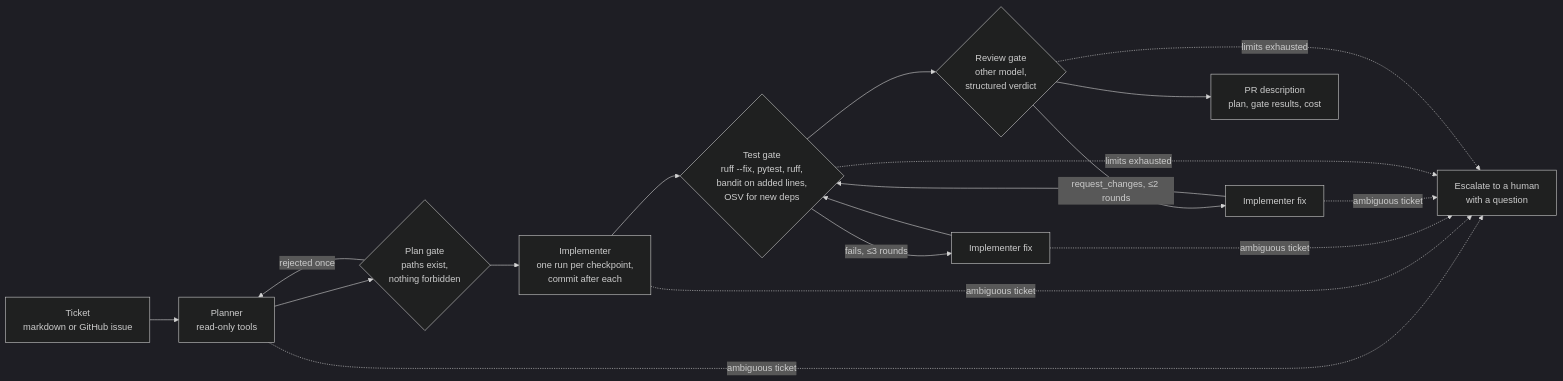
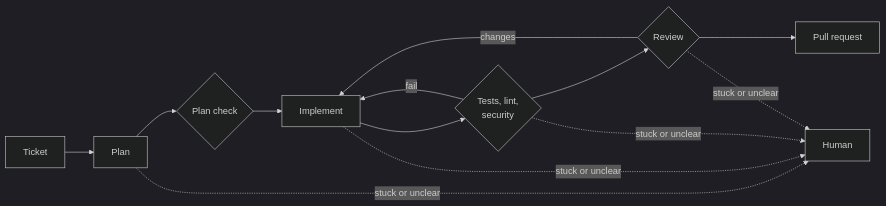
One commit to clockwiz3/forgeloop changed the diagram in README.md. Above: the diagram before and after it, drawn with Mermaid (dark theme). The commit also changed other lines of this file, not shown here.

````diff
--- a/README.md
+++ b/README.md
@@ -11,15 +20,7 @@
 ```mermaid
 flowchart LR
-    T[Ticket<br/>markdown or GitHub issue] --> P[Planner<br/>read-only tools]
-    P --> PG{Plan gate<br/>paths exist,<br/>nothing forbidden}
-    PG -- rejected once --> P
-    PG --> I[Implementer<br/>one run per checkpoint,<br/>commit after each]
-    I --> TG{Test gate<br/>ruff --fix, pytest, ruff,<br/>bandit on added lines,<br/>OSV for new deps}
-    TG -- fails, ≤3 rounds --> F[Implementer fix]
-    F --> TG
-    TG --> RG{Review gate<br/>other model,<br/>structured verdict}
-    RG -- request_changes, ≤2 rounds --> F2[Implementer fix] --> TG
-    RG --> D[PR description<br/>plan, gate results, cost]
-    P & I & F & F2 -.ambiguous ticket.-> H[Escalate to a human<br/>with a question]
-    TG & RG -.limits exhausted.-> H
+    T[Ticket] --> P[Plan] --> PG{Plan check} --> I[Implement] --> TG{Tests, lint,<br/>security} --> RG{Review} --> D[Pull request]
+    TG -- fail --> I
+    RG -- changes --> I
+    P & I & TG & RG -.stuck or unclear.-> H[Human]
 ```
````
